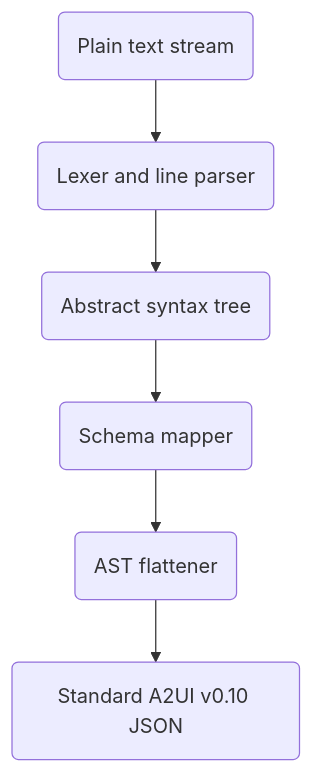
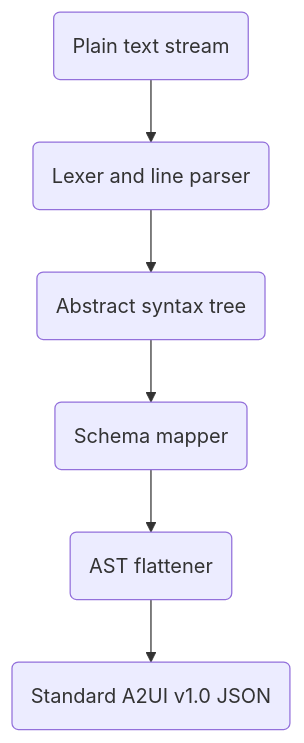
One commit to gspencergoog/A2UI changed the diagram in specification/v1_0/express/a2ui_express.md. Above: the diagram before and after it, drawn with Mermaid. The commit also changed other lines of this file and 8 other files, not shown here.

````diff
--- a/specification/v1_0/express/a2ui_express.md
+++ b/specification/v1_0/express/a2ui_express.md
@@ -91,8 +91,8 @@
 ```mermaid
 flowchart TD
     A("Plain text stream") --> B("Lexer and line parser")
     B --> C("Abstract syntax tree")
     C --> D("Schema mapper")
     D --> E("AST flattener")
-    E --> F("Standard A2UI v0.10 JSON")
+    E --> F("Standard A2UI v1.0 JSON")
 ```
````
